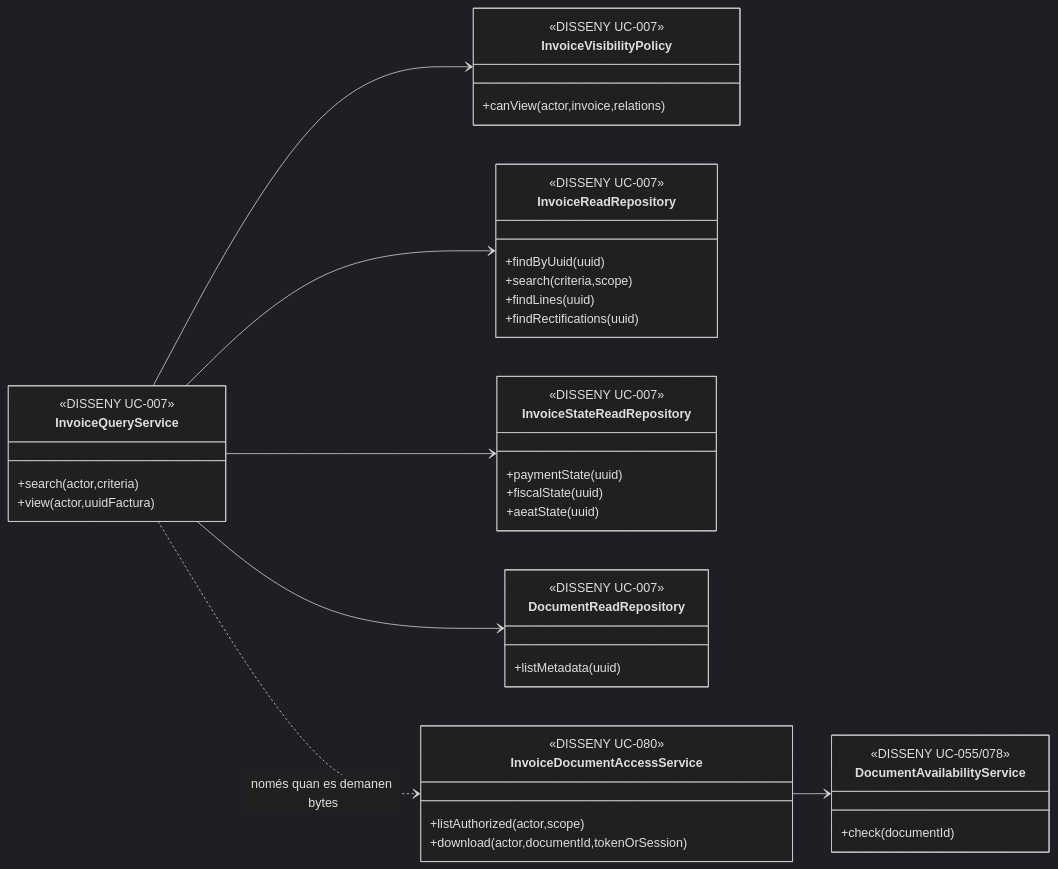
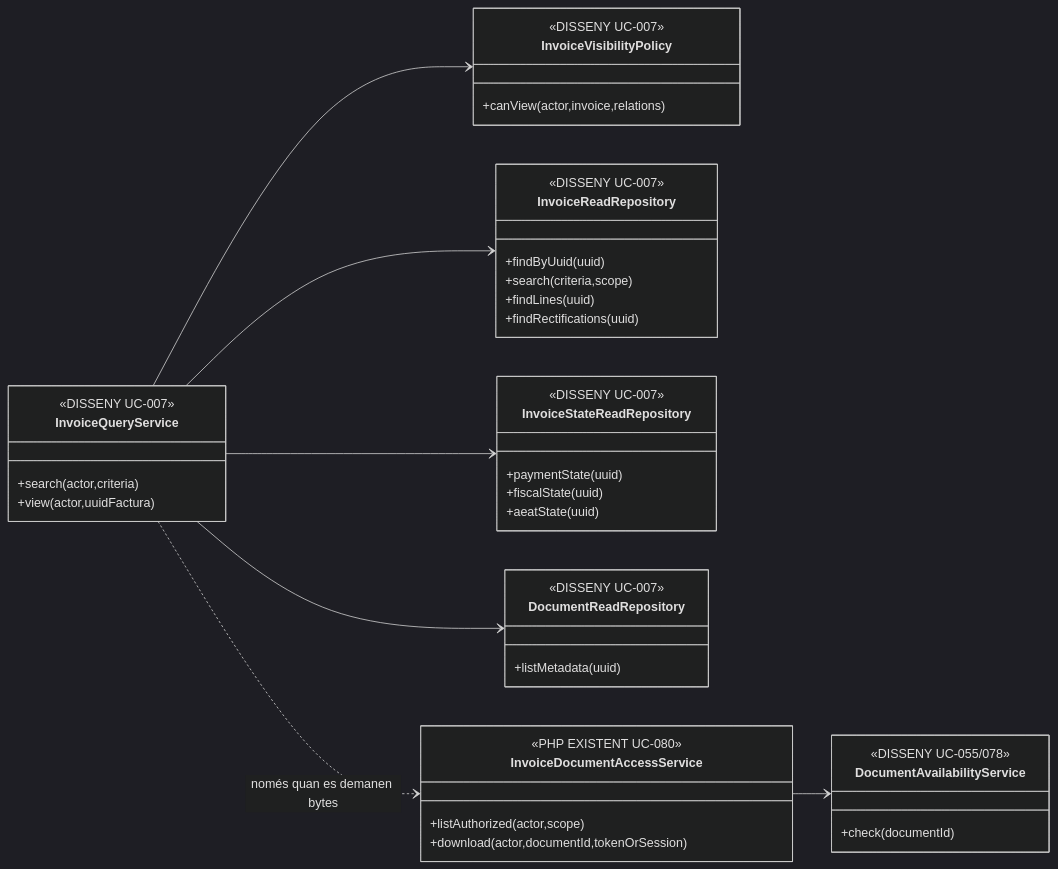
One commit to orgmeriemprismacat-del/verifactu changed the second of 24 diagrams in documentacio/07-uml-integrat/02-auditoria-detallada-uc-007-consultar-factura-estat-document-2026-09-29.md. Above: the diagram before and after it, drawn with Mermaid (dark theme). The commit also changed other lines of this file, not shown here.

```diff
--- a/documentacio/07-uml-integrat/02-auditoria-detallada-uc-007-consultar-factura-estat-document-2026-09-29.md
+++ b/documentacio/07-uml-integrat/02-auditoria-detallada-uc-007-consultar-factura-estat-document-2026-09-29.md
@@ -91,45 +91,45 @@
 ~~~mermaid
 classDiagram
 direction LR
 class InvoiceQueryService {
   <<DISSENY UC-007>>
   +search(actor,criteria)
   +view(actor,uuidFactura)
 }
 class InvoiceVisibilityPolicy {
   <<DISSENY UC-007>>
   +canView(actor,invoice,relations)
 }
 class InvoiceReadRepository {
   <<DISSENY UC-007>>
   +findByUuid(uuid)
   +search(criteria,scope)
   +findLines(uuid)
   +findRectifications(uuid)
 }
 class InvoiceStateReadRepository {
   <<DISSENY UC-007>>
   +paymentState(uuid)
   +fiscalState(uuid)
   +aeatState(uuid)
 }
 class DocumentReadRepository {
   <<DISSENY UC-007>>
   +listMetadata(uuid)
 }
 class InvoiceDocumentAccessService {
-  <<DISSENY UC-080>>
+  <<PHP EXISTENT UC-080>>
   +listAuthorized(actor,scope)
   +download(actor,documentId,tokenOrSession)
 }
 class DocumentAvailabilityService {
   <<DISSENY UC-055/078>>
   +check(documentId)
 }
 InvoiceQueryService --> InvoiceVisibilityPolicy
 InvoiceQueryService --> InvoiceReadRepository
 InvoiceQueryService --> InvoiceStateReadRepository
 InvoiceQueryService --> DocumentReadRepository
 InvoiceDocumentAccessService --> DocumentAvailabilityService
 InvoiceQueryService ..> InvoiceDocumentAccessService : només quan es demanen bytes
 ~~~
```
